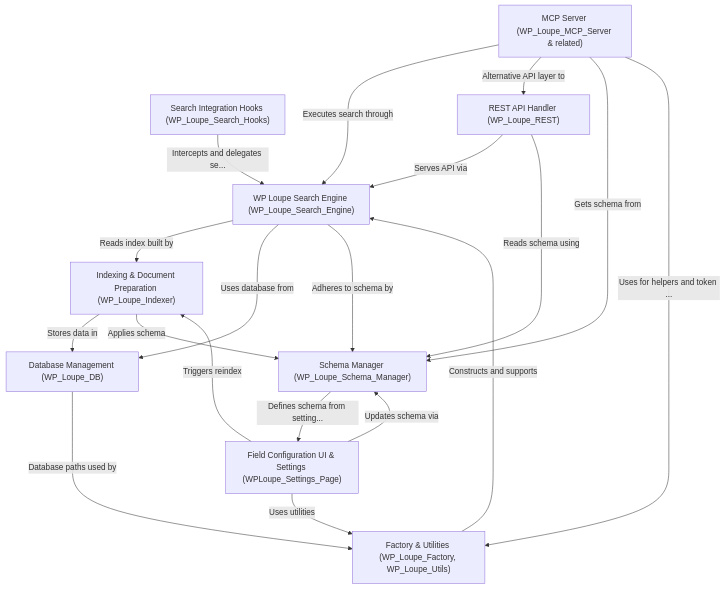
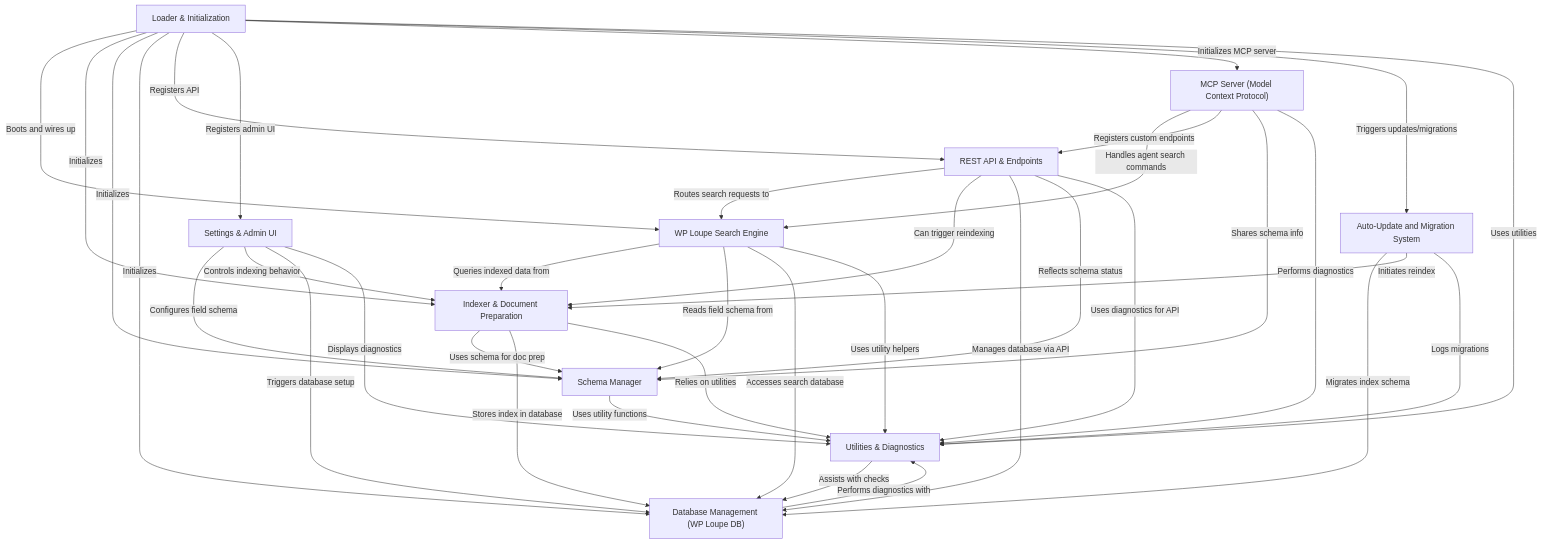
One commit to soderlind/loupe-search changed the diagram in docs/tutorial/index.md. Above: the diagram before and after it, drawn with Mermaid. The commit also changed other lines of this file and 20 other files, not shown here.

````diff
--- a/docs/tutorial/index.md
+++ b/docs/tutorial/index.md
@@ -11,39 +11,58 @@
 ```mermaid
 flowchart TD
-    A0["WP Loupe Search Engine (WP_Loupe_Search_Engine)
+    A0["WP Loupe Search Engine
 "]
-    A1["Search Integration Hooks (WP_Loupe_Search_Hooks)
+    A1["Indexer & Document Preparation
 "]
-    A2["Indexing & Document Preparation (WP_Loupe_Indexer)
+    A2["Schema Manager
 "]
-    A3["Database Management (WP_Loupe_DB)
+    A3["Database Management (WP Loupe DB)
 "]
-    A4["Schema Manager (WP_Loupe_Schema_Manager)
+    A4["REST API & Endpoints
 "]
-    A5["Field Configuration UI & Settings (WPLoupe_Settings_Page)
+    A5["Settings & Admin UI
 "]
-    A7["MCP Server (WP_Loupe_MCP_Server & related)
+    A6["MCP Server (Model Context Protocol)
 "]
-    A8["Factory & Utilities (WP_Loupe_Factory, WP_Loupe_Utils)
+    A7["Auto-Update and Migration System
 "]
-    A9["REST API Handler (WP_Loupe_REST)
+    A8["Utilities & Diagnostics
 "]
-    A0 -- "Reads index built by" --> A2
-    A0 -- "Uses database from" --> A3
-    A0 -- "Adheres to schema by" --> A4
-    A1 -- "Intercepts and delegates se..." --> A0
-    A2 -- "Stores data in" --> A3
-    A2 -- "Applies schema" --> A4
-    A4 -- "Defines schema from setting..." --> A5
-    A5 -- "Updates schema via" --> A4
-    A5 -- "Triggers reindex" --> A2
-    A5 -- "Uses utilities" --> A8
-    A9 -- "Serves API via" --> A0
-    A9 -- "Reads schema using" --> A4
-    A7 -- "Executes search through" --> A0
-    A7 -- "Alternative API layer to" --> A9
-    A7 -- "Gets schema from" --> A4
-    A7 -- "Uses for helpers and token ..." --> A8
-    A8 -- "Constructs and supports" --> A0
-    A3 -- "Database paths used by" --> A8
+    A9["Loader & Initialization
+"]
+    A0 -- "Queries indexed data from" --> A1
+    A0 -- "Reads field schema from" --> A2
+    A0 -- "Accesses search database" --> A3
+    A0 -- "Uses utility helpers" --> A8
+    A1 -- "Uses schema for doc prep" --> A2
+    A1 -- "Stores index in database" --> A3
+    A1 -- "Relies on utilities" --> A8
+    A2 -- "Uses utility functions" --> A8
+    A3 -- "Performs diagnostics with" --> A8
+    A4 -- "Routes search requests to" --> A0
+    A4 -- "Can trigger reindexing" --> A1
+    A4 -- "Manages database via API" --> A3
+    A4 -- "Reflects schema status" --> A2
+    A4 -- "Uses diagnostics for API" --> A8
+    A5 -- "Configures field schema" --> A2
+    A5 -- "Controls indexing behavior" --> A1
+    A5 -- "Triggers database setup" --> A3
+    A5 -- "Displays diagnostics" --> A8
+    A6 -- "Handles agent search commands" --> A0
+    A6 -- "Registers custom endpoints" --> A4
+    A6 -- "Shares schema info" --> A2
+    A6 -- "Performs diagnostics" --> A8
+    A7 -- "Migrates index schema" --> A3
+    A7 -- "Initiates reindex" --> A1
+    A7 -- "Logs migrations" --> A8
+    A8 -- "Assists with checks" --> A3
+    A9 -- "Boots and wires up" --> A0
+    A9 -- "Initializes" --> A1
+    A9 -- "Initializes" --> A2
+    A9 -- "Initializes" --> A3
+    A9 -- "Registers API" --> A4
+    A9 -- "Registers admin UI" --> A5
+    A9 -- "Initializes MCP server" --> A6
+    A9 -- "Triggers updates/migrations" --> A7
+    A9 -- "Uses utilities" --> A8
 ```
````
